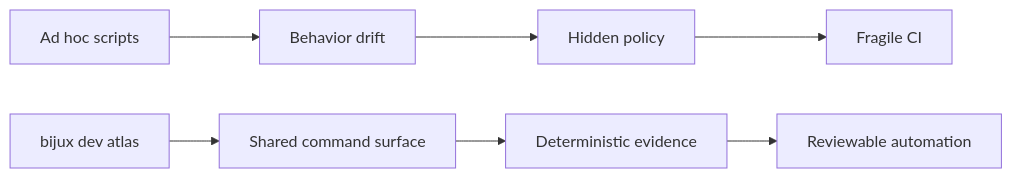
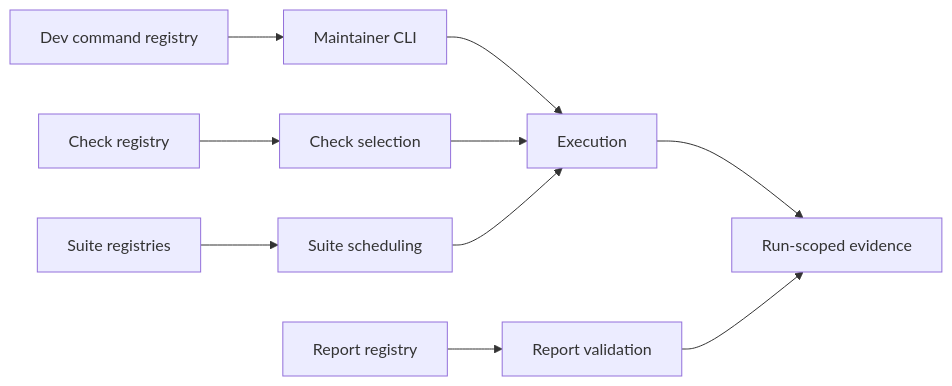
Before and after one commit to bijux/bijux-atlas: the first of 2 diagrams in docs/bijux-atlas-dev/automation/automation-control-plane.md, drawn with Mermaid. The commit also changed other lines of this file and 1 other file, not shown here.

Commit message:
docs(automation): define control plane authority and capabilities

````diff
--- a/docs/bijux-atlas-dev/automation/automation-control-plane.md
+++ b/docs/bijux-atlas-dev/automation/automation-control-plane.md
@@ -19,9 +22,12 @@
 ```mermaid
 flowchart LR
-    Scripts[Ad hoc scripts] --> Drift[Behavior drift]
-    Drift --> HiddenRules[Hidden policy]
-    HiddenRules --> FragileCI[Fragile CI]
-    ControlPlane[bijux dev atlas] --> SharedRules[Shared command surface]
-    SharedRules --> Evidence[Deterministic evidence]
-    Evidence --> Reviewable[Reviewable automation]
+    CommandRegistry[Dev command registry] --> CLI[Maintainer CLI]
+    CheckRegistry[Check registry] --> Selection[Check selection]
+    SuiteRegistry[Suite registries] --> Scheduling[Suite scheduling]
+    ReportRegistry[Report registry] --> Validation[Report validation]
+    CLI --> Run[Execution]
+    Selection --> Run
+    Scheduling --> Run
+    Run --> Evidence[Run-scoped evidence]
+    Validation --> Evidence
 ```
````
